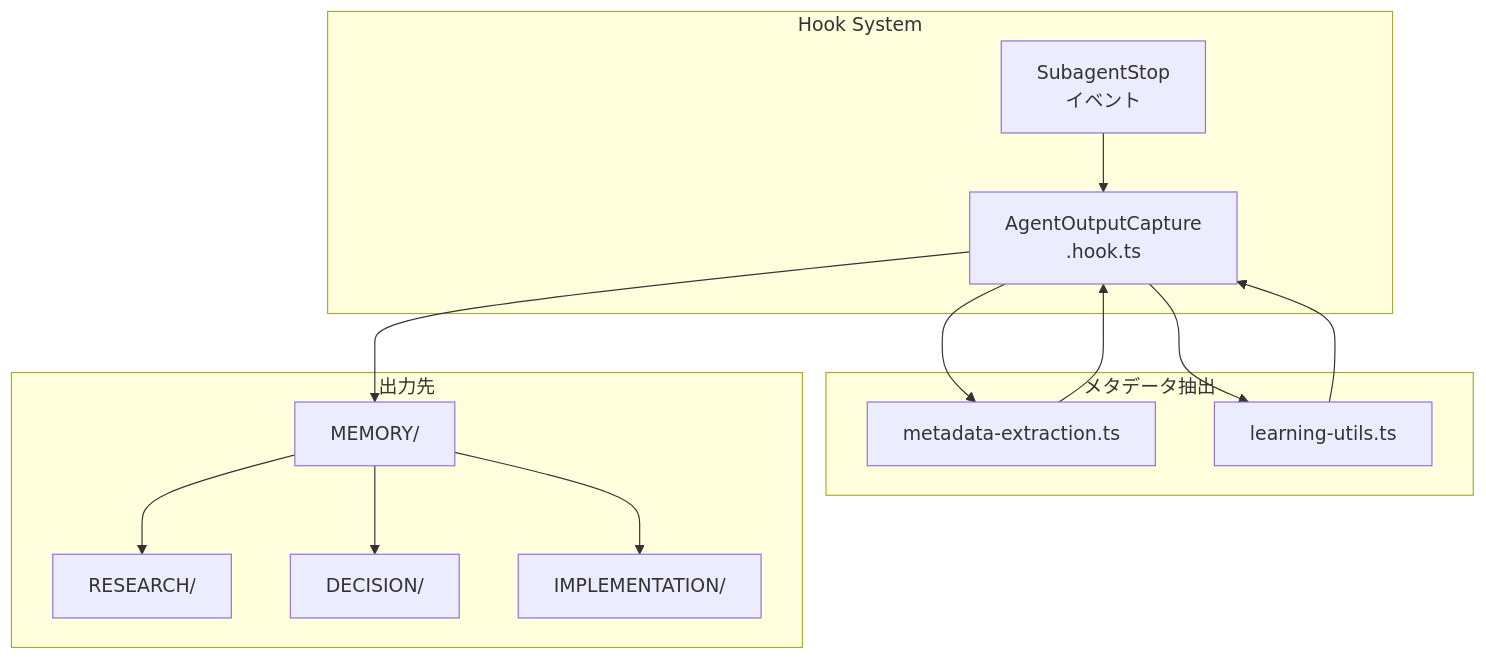
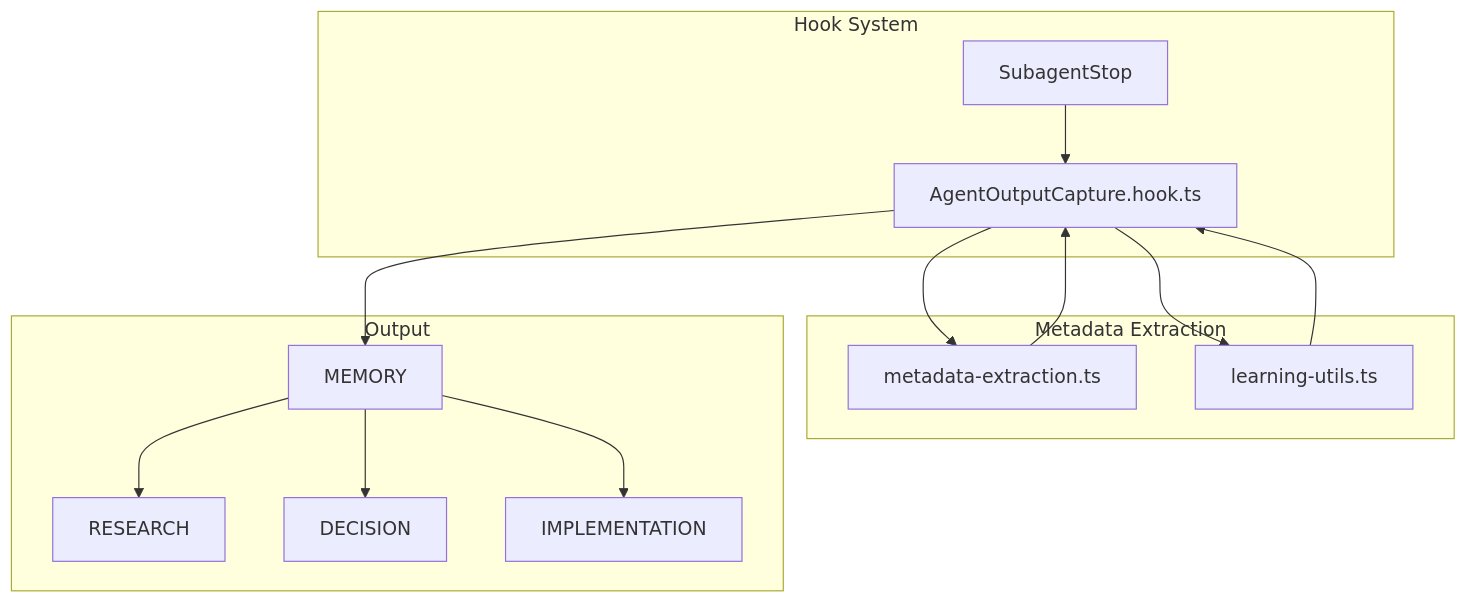
The third of 6 diagrams in articles/pai-uocs-output-capture.md (yasuhito/zenn), drawn with Mermaid before and after one commit. The commit also changed other lines of this file, not shown here.

Commit message:
Fix: UOCS記事のMermaidエラー修正

````diff
--- a/articles/pai-uocs-output-capture.md
+++ b/articles/pai-uocs-output-capture.md
@@ -42,29 +40,29 @@
 ```mermaid
 flowchart TB
-    subgraph HOOKS["Hook System"]
-        SS[SubagentStop<br/>イベント]
-        AOC[AgentOutputCapture<br/>.hook.ts]
+    subgraph HOOKS[Hook System]
+        SS[SubagentStop]
+        AOC[AgentOutputCapture.hook.ts]
     end
     
-    subgraph EXTRACTION["メタデータ抽出"]
+    subgraph EXTRACTION[Metadata Extraction]
         ME[metadata-extraction.ts]
         LE[learning-utils.ts]
     end
     
-    subgraph OUTPUT["出力先"]
-        MEM[MEMORY/]
-        RES[RESEARCH/]
-        DEC[DECISION/]
-        IMP[IMPLEMENTATION/]
+    subgraph OUTPUT[Output]
+        MEM[MEMORY]
+        RES[RESEARCH]
+        DEC[DECISION]
+        IMP[IMPLEMENTATION]
     end
     
     SS --> AOC
     AOC --> ME
     AOC --> LE
     ME --> AOC
     LE --> AOC
     AOC --> MEM
     MEM --> RES
     MEM --> DEC
     MEM --> IMP
 ```
````
